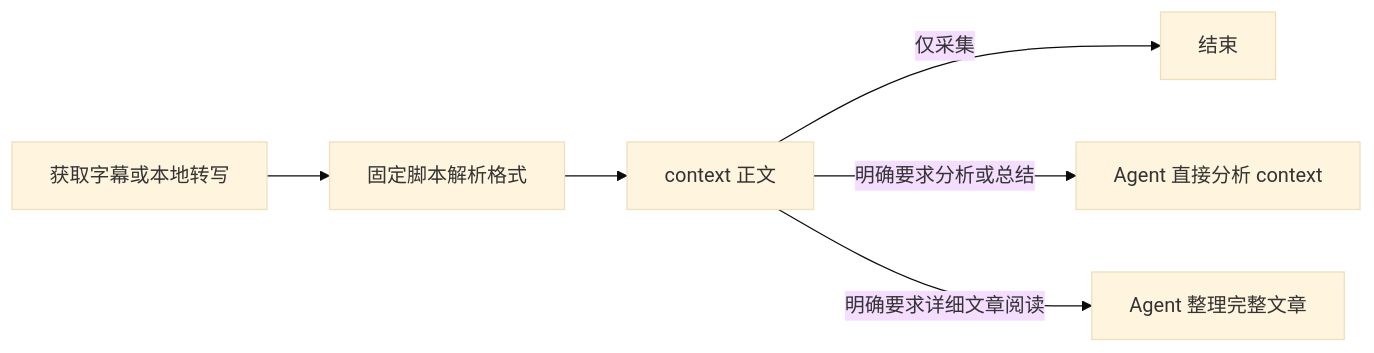
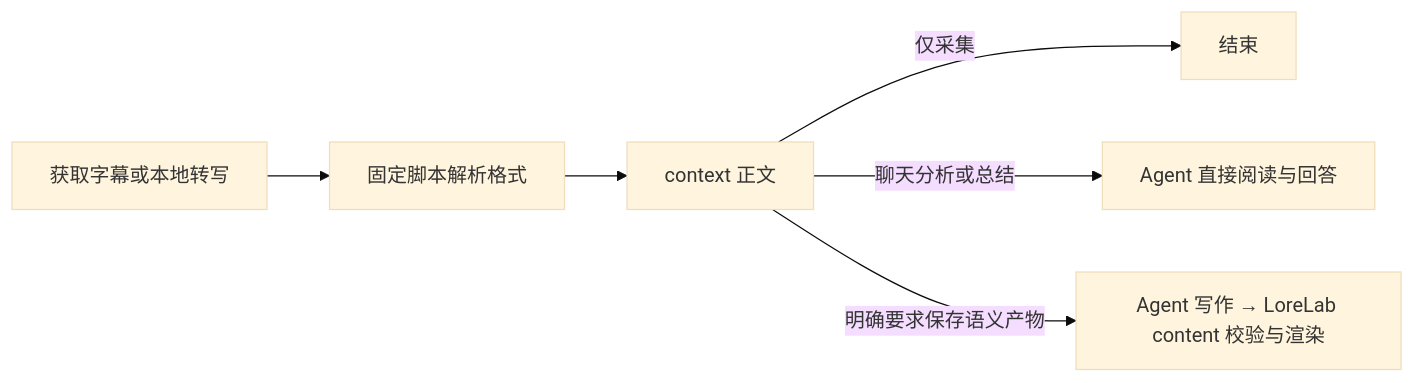
The diagram in modules/soota/docs/subtitle-formats.md (0xTotoroX/lorelab), drawn with Mermaid (base theme) before and after one commit. The commit also changed other lines of this file and 24 other files, not shown here.

Commit message:
docs: move semantic content workflows and skills to LoreLab

````diff
--- a/modules/soota/docs/subtitle-formats.md
+++ b/modules/soota/docs/subtitle-formats.md
@@ -79,8 +79,8 @@
 ```mermaid
 flowchart LR
     A[获取字幕或本地转写] --> B[固定脚本解析格式]
     B --> C[context 正文]
     C -->|仅采集| D[结束]
-    C -->|明确要求分析或总结| E[Agent 直接分析 context]
-    C -->|明确要求详细文章阅读| F[Agent 整理完整文章]
+    C -->|聊天分析或总结| E[Agent 直接阅读与回答]
+    C -->|明确要求保存语义产物| F[Agent 写作 → LoreLab content 校验与渲染]
 ```
````
